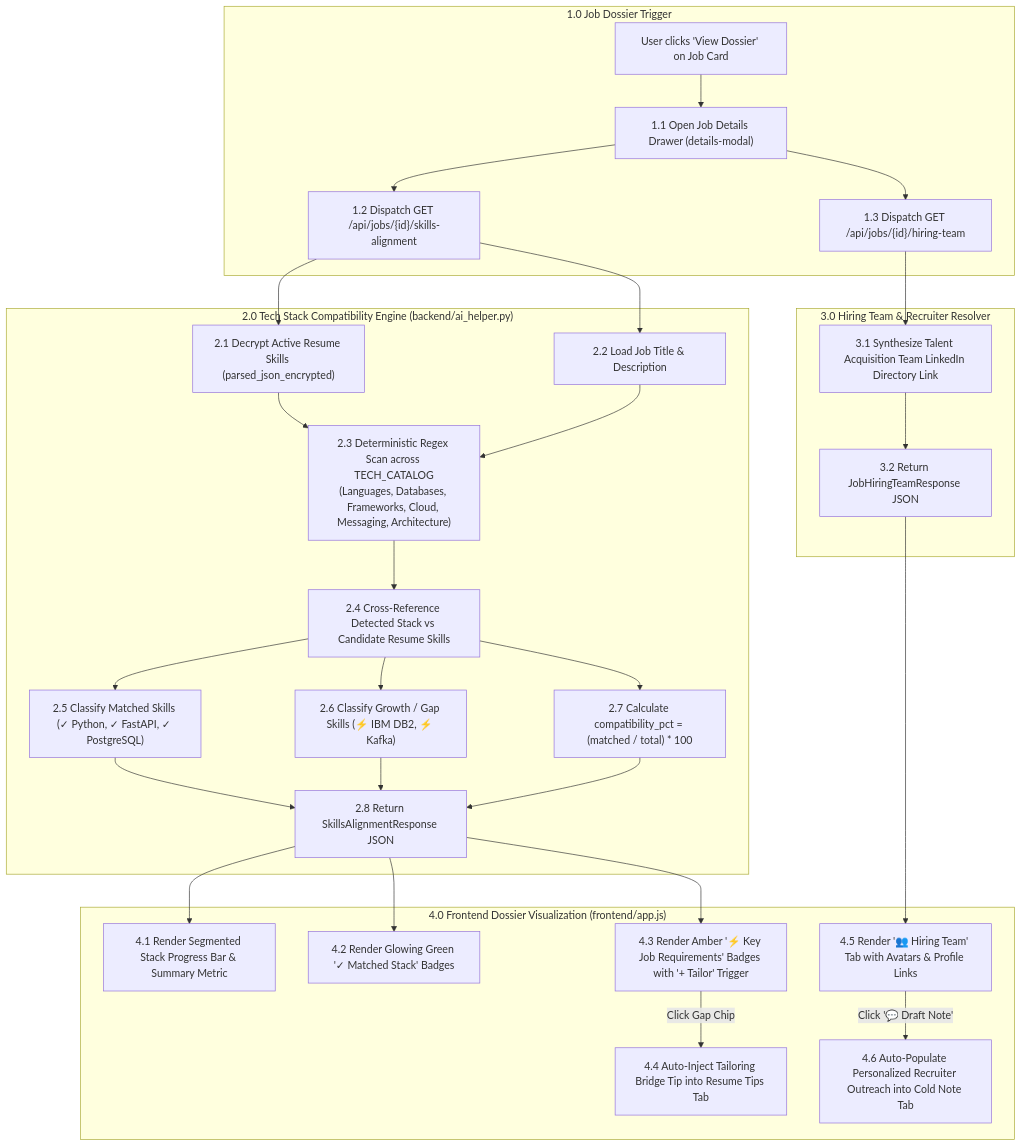
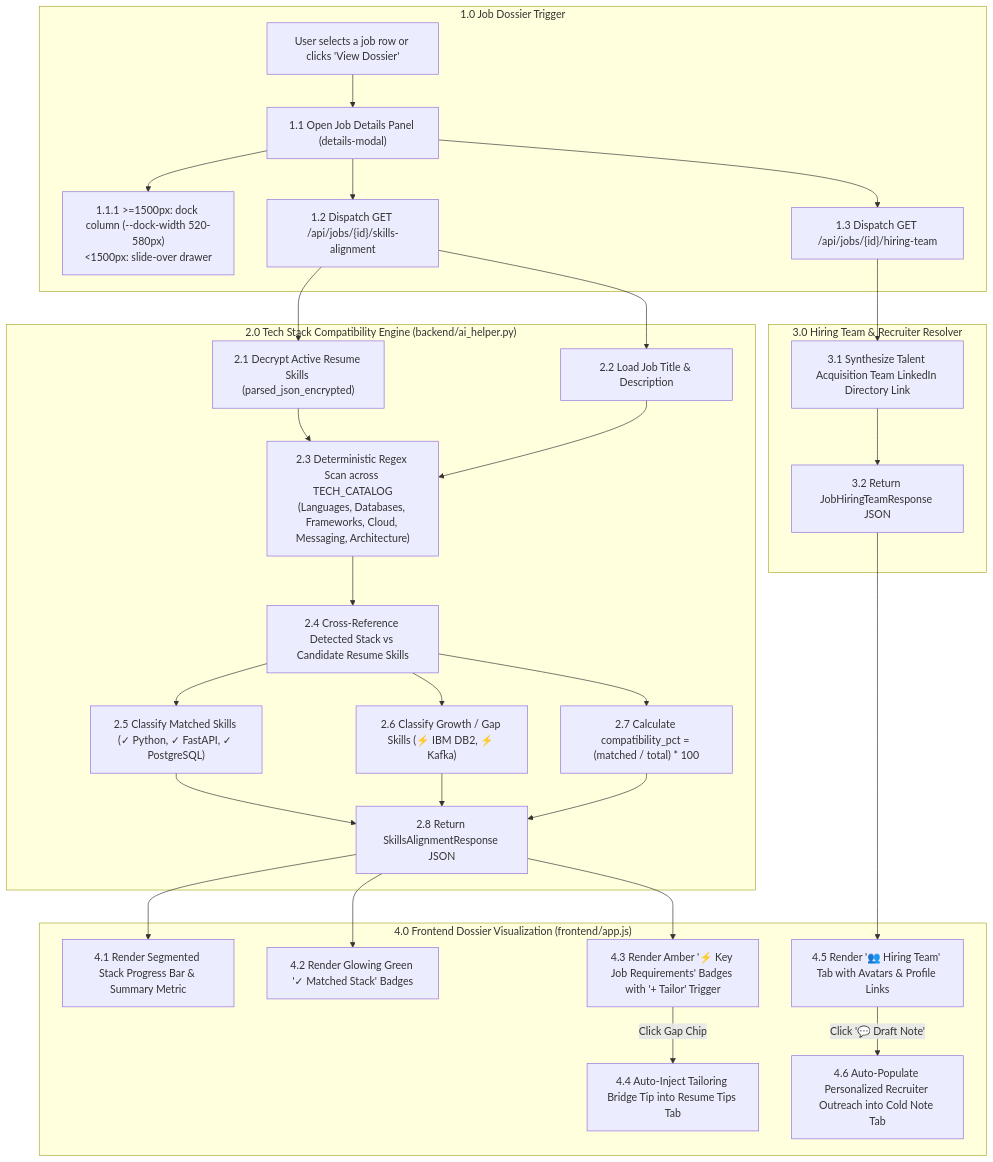
Before and after one commit to nagapavan/job-alert-agent: diagram 28 of 33 in DESIGN_DIAGRAMS.md, drawn with Mermaid. The commit also changed other lines of this file and 105 other files, not shown here.

````diff
--- a/DESIGN_DIAGRAMS.md
+++ b/DESIGN_DIAGRAMS.md
@@ -1057,37 +1059,38 @@
 ```mermaid
 flowchart TD
     subgraph OpenDossier ["1.0 Job Dossier Trigger"]
-        UserClick["User clicks 'View Dossier' on Job Card"] --> OpenModal["1.1 Open Job Details Drawer (details-modal)"]
+        UserClick["User selects a job row or clicks 'View Dossier'"] --> OpenModal["1.1 Open Job Details Panel (details-modal)"]
+        OpenModal --> DockMode["1.1.1 >=1500px: dock column (--dock-width 520-580px)\n<1500px: slide-over drawer"]
         OpenModal --> ReqSkills["1.2 Dispatch GET /api/jobs/{id}/skills-alignment"]
         OpenModal --> ReqTeam["1.3 Dispatch GET /api/jobs/{id}/hiring-team"]
     end
 
     subgraph SkillsAlignmentEngine ["2.0 Tech Stack Compatibility Engine (backend/ai_helper.py)"]
         ReqSkills --> LoadResume["2.1 Decrypt Active Resume Skills (parsed_json_encrypted)"]
         ReqSkills --> LoadJobDesc["2.2 Load Job Title & Description"]
         LoadResume & LoadJobDesc --> CatalogScan["2.3 Deterministic Regex Scan across TECH_CATALOG\n(Languages, Databases, Frameworks, Cloud, Messaging, Architecture)"]
         
         CatalogScan --> CrossRef["2.4 Cross-Reference Detected Stack vs Candidate Resume Skills"]
         CrossRef --> MatchedPills["2.5 Classify Matched Skills (✓ Python, ✓ FastAPI, ✓ PostgreSQL)"]
         CrossRef --> GapPills["2.6 Classify Growth / Gap Skills (⚡ IBM DB2, ⚡ Kafka)"]
         CrossRef --> ComputePct["2.7 Calculate compatibility_pct = (matched / total) * 100"]
         
         MatchedPills & GapPills & ComputePct --> ReturnAlignment["2.8 Return SkillsAlignmentResponse JSON"]
     end
 
     subgraph HiringTeamEngine ["3.0 Hiring Team & Recruiter Resolver"]
         ReqTeam --> GenerateTalentSearch["3.1 Synthesize Talent Acquisition Team LinkedIn Directory Link"]
         GenerateTalentSearch --> ReturnTeam["3.2 Return JobHiringTeamResponse JSON"]
     end
 
     subgraph UIDossierRender ["4.0 Frontend Dossier Visualization (frontend/app.js)"]
         ReturnAlignment --> RenderMeter["4.1 Render Segmented Stack Progress Bar & Summary Metric"]
         ReturnAlignment --> RenderMatched["4.2 Render Glowing Green '✓ Matched Stack' Badges"]
         ReturnAlignment --> RenderGaps["4.3 Render Amber '⚡ Key Job Requirements' Badges with '+ Tailor' Trigger"]
         
         RenderGaps -->|Click Gap Chip| BridgeGap["4.4 Auto-Inject Tailoring Bridge Tip into Resume Tips Tab"]
         
         ReturnTeam --> RenderTeamCards["4.5 Render '👥 Hiring Team' Tab with Avatars & Profile Links"]
         RenderTeamCards -->|Click '💬 Draft Note'| PrefillColdNote["4.6 Auto-Populate Personalized Recruiter Outreach into Cold Note Tab"]
     end
 ```
````
